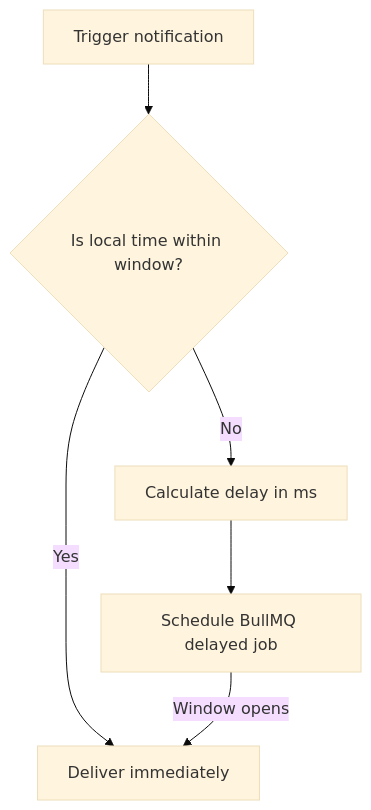
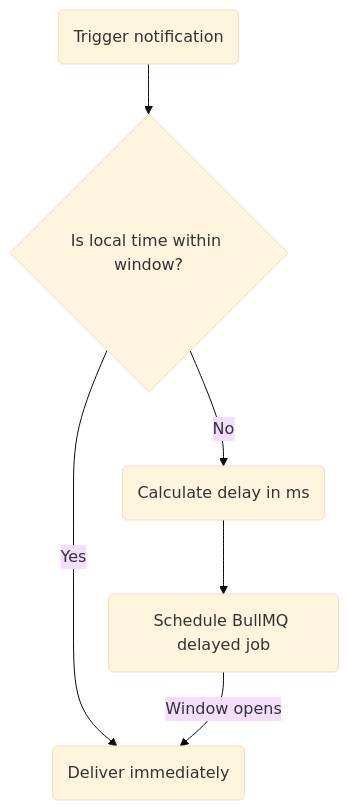
One commit to KriyanshKhunt/nexus_docs changed the diagram in content/docs/en/platform/features/delivery-windows.mdx. Above: the diagram before and after it, drawn with Mermaid (base theme). The commit also changed 25 other files, not shown here.

Commit message:
Handle en Mermaid charts

````diff
--- a/content/docs/en/platform/features/delivery-windows.mdx
+++ b/content/docs/en/platform/features/delivery-windows.mdx
@@ -8,8 +8,8 @@
 ```mermaid
 flowchart TD
-  Trigger[Trigger notification] --> Check{Is local time within window?}
-  Check -->|Yes| Deliver[Deliver immediately]
-  Check -->|No| Delay[Calculate delay in ms]
-  Delay --> Queue[Schedule BullMQ delayed job]
+  Trigger(Trigger notification) --> Check{Is local time within window?}
+  Check -->|Yes| Deliver(Deliver immediately)
+  Check -->|No| Delay(Calculate delay in ms)
+  Delay --> Queue(Schedule BullMQ delayed job)
   Queue -->|Window opens| Deliver
 ```
````
